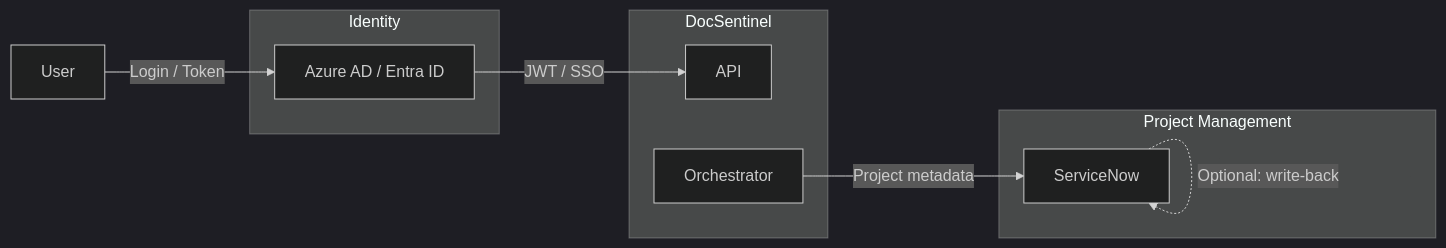
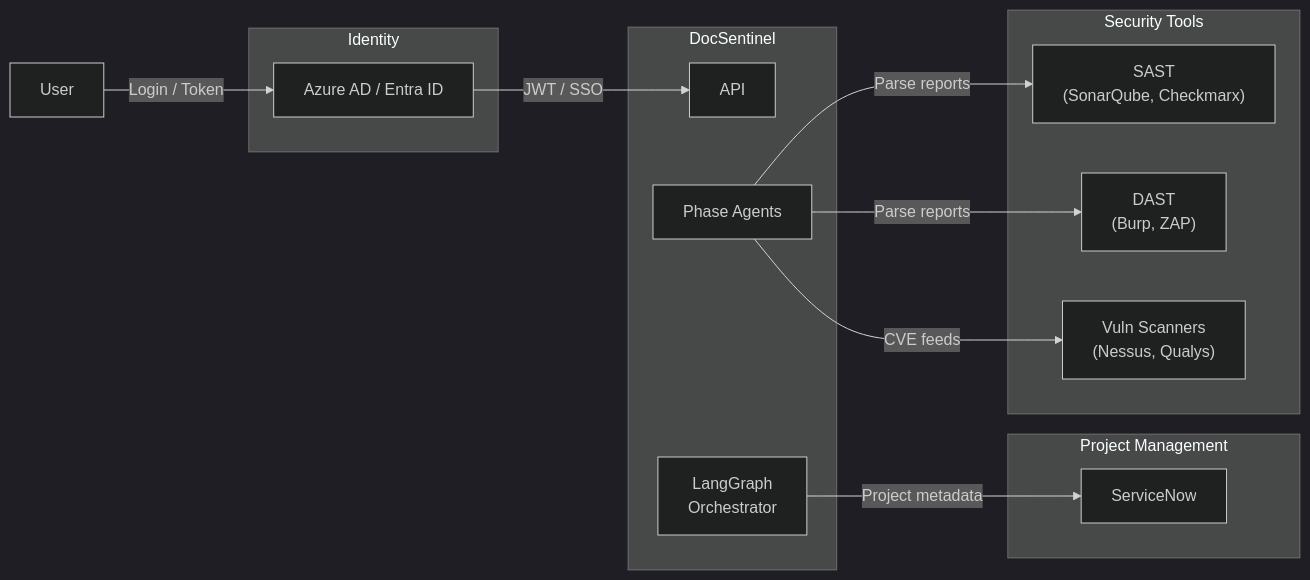
The fifth of 6 diagrams in ARCHITECTURE.md (arthurpanhku/DocSentinel), drawn with Mermaid (dark theme) before and after one commit. The commit also changed other lines of this file and 9 other files, not shown here.

````diff
--- a/ARCHITECTURE.md
+++ b/ARCHITECTURE.md
@@ -194,17 +297,25 @@
 ```mermaid
 flowchart LR
     subgraph DocSentinel["DocSentinel"]
         API["API"]
-        Orch["Orchestrator"]
+        LG["LangGraph\nOrchestrator"]
+        Agents["Phase Agents"]
     end
     subgraph IdP["Identity"]
         AAD["Azure AD / Entra ID"]
     end
     subgraph PM["Project Management"]
         SN["ServiceNow"]
     end
+    subgraph SecTools["Security Tools"]
+        SAST["SAST\n(SonarQube, Checkmarx)"]
+        DAST["DAST\n(Burp, ZAP)"]
+        Scanner["Vuln Scanners\n(Nessus, Qualys)"]
+    end
     User["User"] -->|Login / Token| AAD
     AAD -->|JWT / SSO| API
-    Orch -->|Project metadata| SN
-    SN -.->|Optional: write-back| SN
+    LG -->|Project metadata| SN
+    Agents -->|Parse reports| SAST
+    Agents -->|Parse reports| DAST
+    Agents -->|CVE feeds| Scanner
 ```
````
